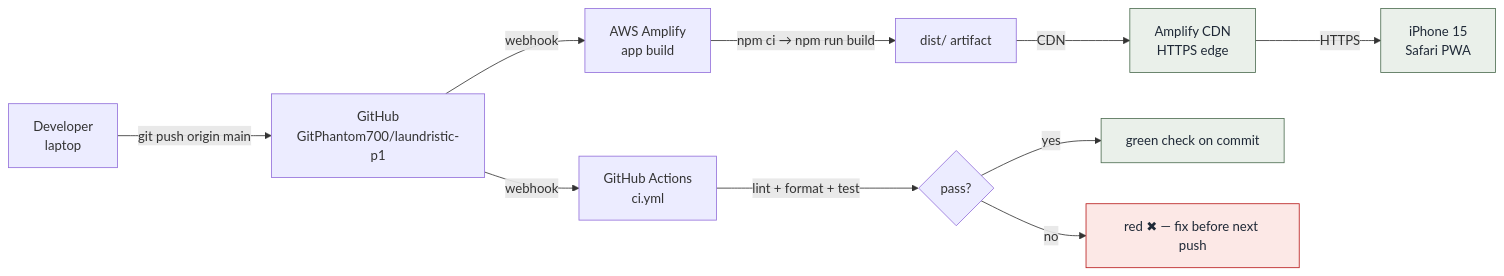
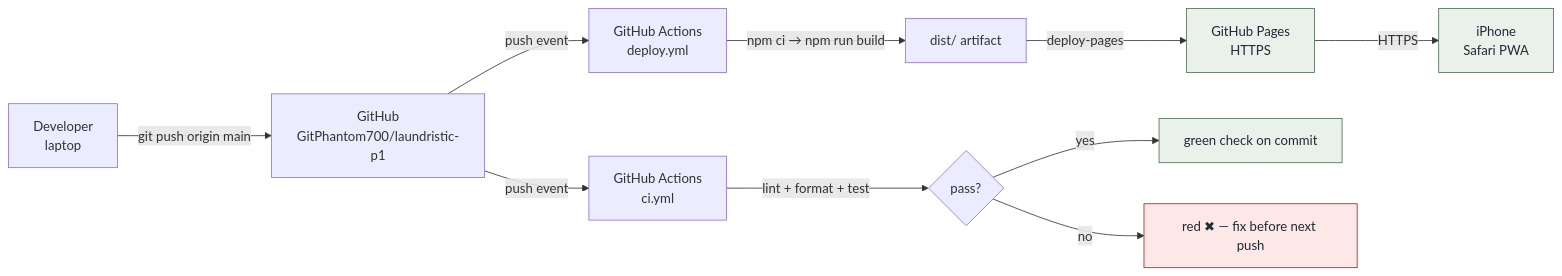
Before and after one commit to GitPhantom700/laundristic-p1: the first of 3 diagrams in docs/DEPLOYMENT.md, drawn with Mermaid. The commit also changed other lines of this file and 12 other files, not shown here.

First line of the commit message:
docs: apply review corrections — finish Amplify→Pages sweep, fix diagrams, restore USER_GUIDE screenshots

````diff
--- a/docs/DEPLOYMENT.md
+++ b/docs/DEPLOYMENT.md
@@ -9,18 +9,18 @@
 ```mermaid
 flowchart LR
     Dev[Developer<br/>laptop] -->|git push origin main| GH[GitHub<br/>GitPhantom700/laundristic-p1]
-    GH -->|webhook| GA[GitHub Actions<br/>ci.yml]
-    GH -->|webhook| AMP[AWS Amplify<br/>app build]
+    GH -->|push event| GA[GitHub Actions<br/>ci.yml]
+    GH -->|push event| DEP[GitHub Actions<br/>deploy.yml]
     GA -->|lint + format + test| Verdict{pass?}
-    AMP -->|npm ci → npm run build| Dist[dist/ artifact]
-    Dist -->|CDN| Edge[Amplify CDN<br/>HTTPS edge]
-    Edge -->|HTTPS| iPhone[iPhone 15<br/>Safari PWA]
+    DEP -->|npm ci → npm run build| Dist[dist/ artifact]
+    Dist -->|deploy-pages| Pages[GitHub Pages<br/>HTTPS]
+    Pages -->|HTTPS| iPhone[iPhone<br/>Safari PWA]
 
     Verdict -- yes --> green[green check on commit]
     Verdict -- no  --> red[red ✖ — fix before next push]
 
     classDef ok fill:#eaf0ea,stroke:#4e6e52,color:#1f2937
     classDef bad fill:#fce8e6,stroke:#b91c1c,color:#1f2937
-    class green,Edge,iPhone ok
+    class green,Pages,iPhone ok
     class red bad
 ```
````
